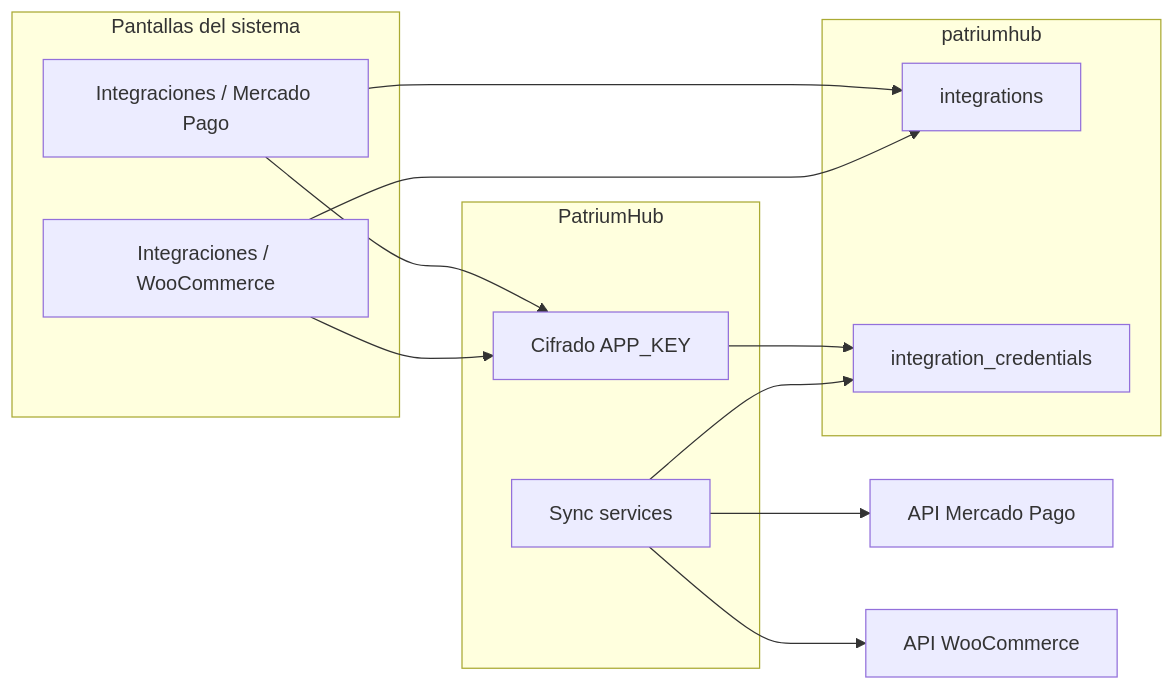
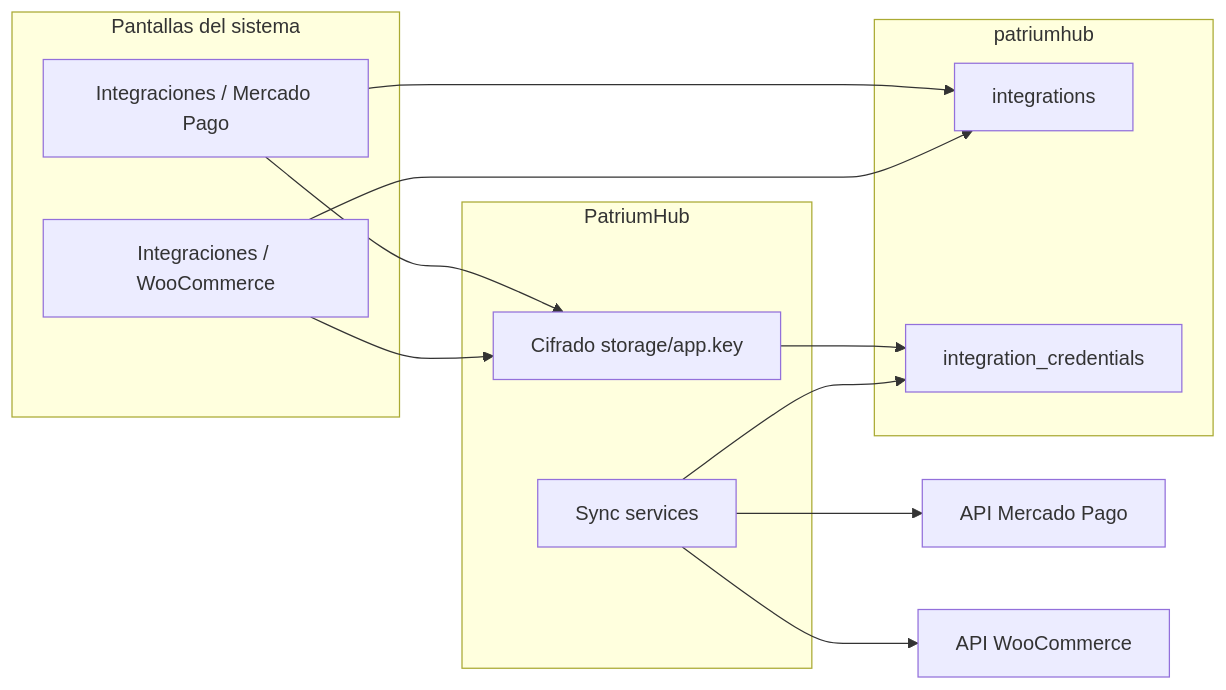
One commit to PatriumHub/Arquitectura changed the first of 3 diagrams in 05-integraciones.md. Above: the diagram before and after it, drawn with Mermaid. The commit also changed other lines of this file and 8 other files, not shown here.

````diff
--- a/05-integraciones.md
+++ b/05-integraciones.md
@@ -11,26 +13,26 @@
 ```mermaid
 flowchart LR
   subgraph ui [Pantallas del sistema]
     ScreenMP[Integraciones / Mercado Pago]
     ScreenWC[Integraciones / WooCommerce]
   end
 
   subgraph app [PatriumHub]
-    Crypto[Cifrado APP_KEY]
+    Crypto[Cifrado storage/app.key]
     Sync[Sync services]
   end
 
   subgraph db [patriumhub]
     Int[integrations]
     Cred[integration_credentials]
   end
 
   ScreenMP --> Crypto
   ScreenWC --> Crypto
   Crypto --> Cred
   ScreenMP --> Int
   ScreenWC --> Int
   Sync --> Cred
   Sync --> ExtMP[API Mercado Pago]
   Sync --> ExtWC[API WooCommerce]
 ```
````
